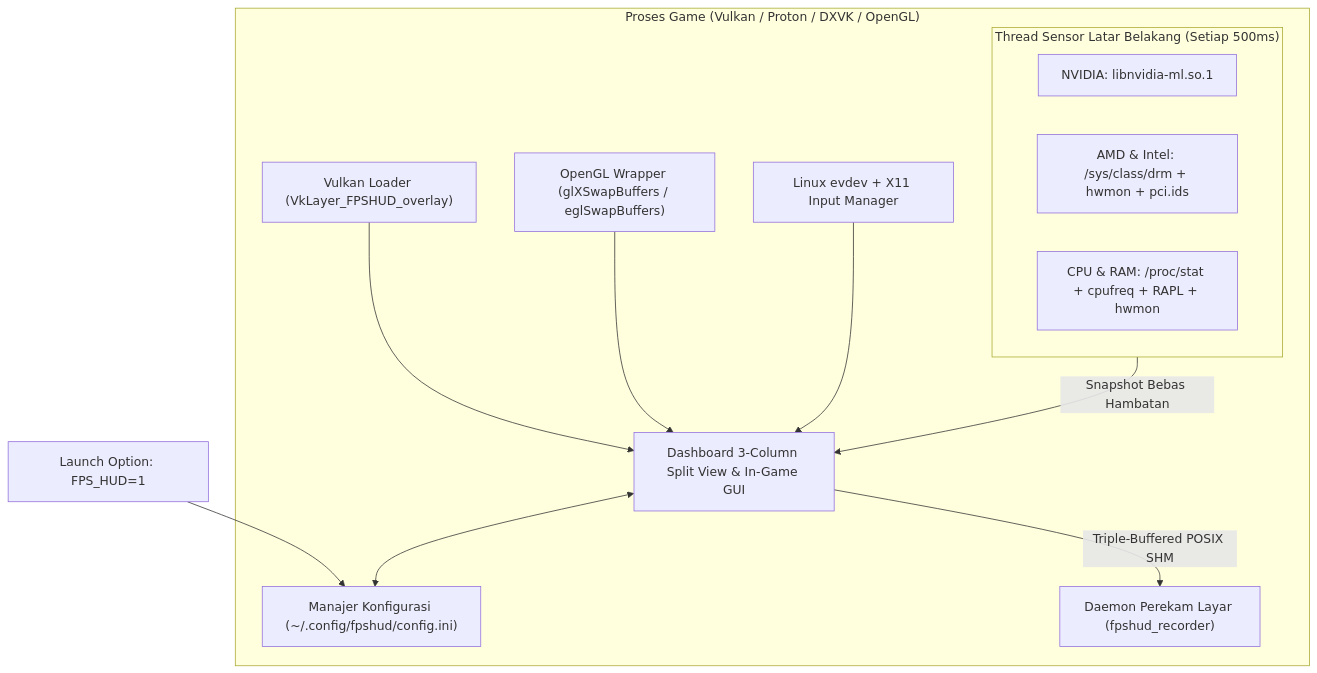
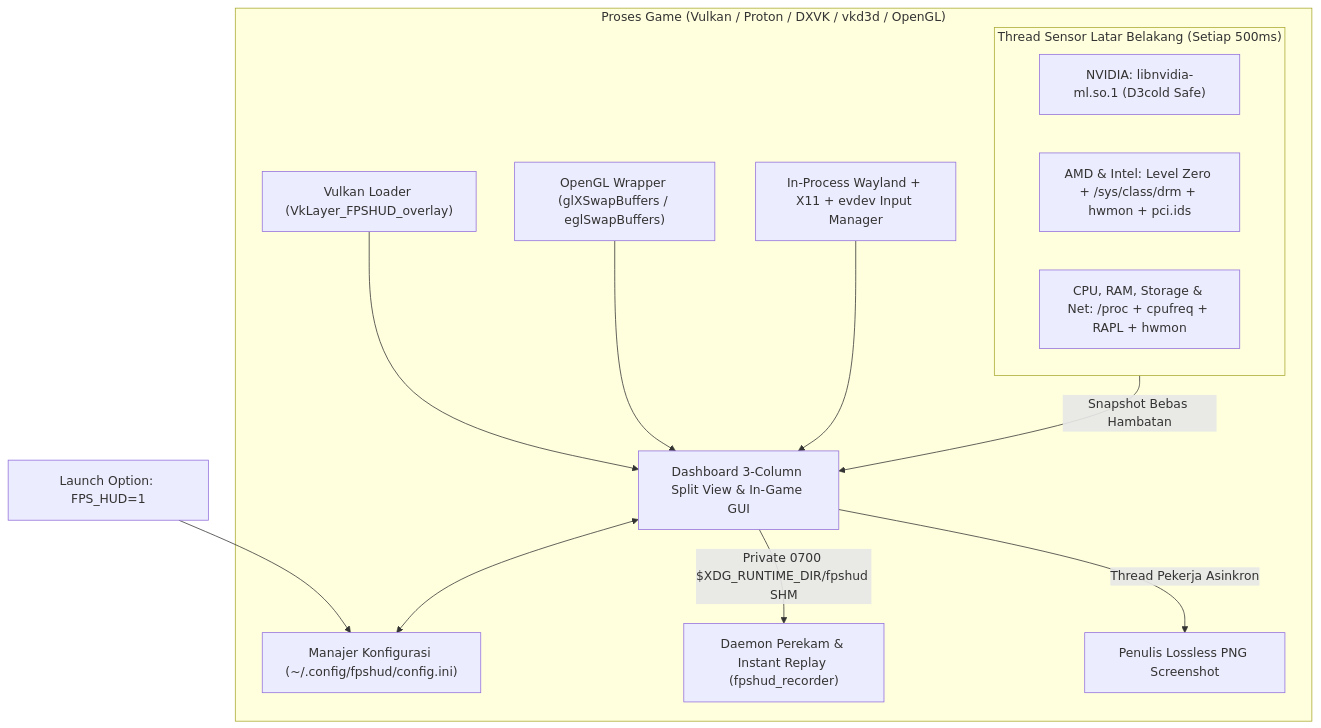
Before and after one commit to budicuy/FPS_HUD_FOR_LINUX: the diagram in README.id.md, drawn with Mermaid. The commit also changed other lines of this file and 3 other files, not shown here.

````diff
--- a/README.id.md
+++ b/README.id.md
@@ -387,17 +407,18 @@
 ```mermaid
 flowchart TD
     Env["Launch Option: FPS_HUD=1"] --> Init["Manajer Konfigurasi (~/.config/fpshud/config.ini)"]
-    subgraph GameProcess["Proses Game (Vulkan / Proton / DXVK / OpenGL)"]
+    subgraph GameProcess["Proses Game (Vulkan / Proton / DXVK / vkd3d / OpenGL)"]
         VK["Vulkan Loader (VkLayer_FPSHUD_overlay)"] --> HUD["Dashboard 3-Column Split View & In-Game GUI"]
         GL["OpenGL Wrapper (glXSwapBuffers / eglSwapBuffers)"] --> HUD
-        Input["Linux evdev + X11 Input Manager"] --> HUD
+        Input["In-Process Wayland + X11 + evdev Input Manager"] --> HUD
         HUD <--> Init
         subgraph Worker["Thread Sensor Latar Belakang (Setiap 500ms)"]
-            NV["NVIDIA: libnvidia-ml.so.1"]
-            DRM["AMD & Intel: /sys/class/drm + hwmon + pci.ids"]
-            CPU["CPU & RAM: /proc/stat + cpufreq + RAPL + hwmon"]
+            NV["NVIDIA: libnvidia-ml.so.1 (D3cold Safe)"]
+            DRM["AMD & Intel: Level Zero + /sys/class/drm + hwmon + pci.ids"]
+            CPU["CPU, RAM, Storage & Net: /proc + cpufreq + RAPL + hwmon"]
         end
         Worker -->|Snapshot Bebas Hambatan| HUD
-        HUD -->|Triple-Buffered POSIX SHM| RecDaemon["Daemon Perekam Layar (fpshud_recorder)"]
+        HUD -->|Private 0700 $XDG_RUNTIME_DIR/fpshud SHM| RecDaemon["Daemon Perekam & Instant Replay (fpshud_recorder)"]
+        HUD -->|Thread Pekerja Asinkron| PNG["Penulis Lossless PNG Screenshot"]
     end
 ```
````
